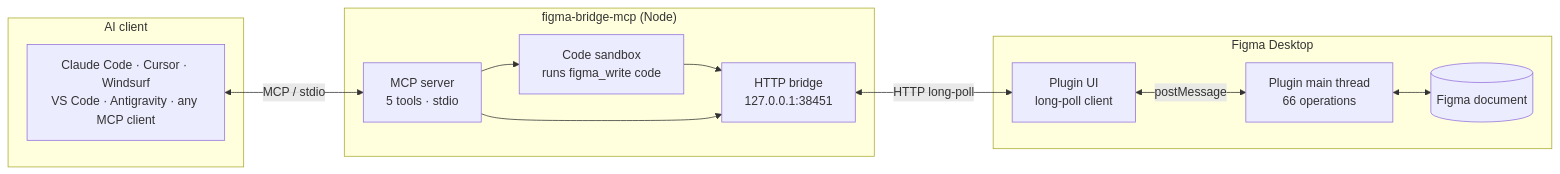
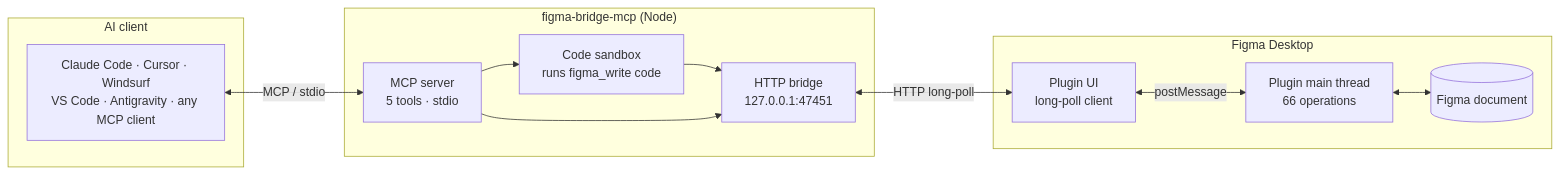
The first of 5 diagrams in README.md (nguyendinhphongdx/figma-bridge-mcp), drawn with Mermaid before and after one commit. The commit also changed other lines of this file and 6 other files, not shown here.

````diff
--- a/README.md
+++ b/README.md
@@ -43,23 +43,23 @@
 ```mermaid
 flowchart LR
   subgraph Client["AI client"]
     A["Claude Code · Cursor · Windsurf<br/>VS Code · Antigravity · any MCP client"]
   end
   subgraph Server["figma-bridge-mcp  (Node)"]
     B["MCP server<br/>5 tools · stdio"]
     C["Code sandbox<br/>runs figma_write code"]
-    D["HTTP bridge<br/>127.0.0.1:38451"]
+    D["HTTP bridge<br/>127.0.0.1:47451"]
   end
   subgraph Figma["Figma Desktop"]
     E["Plugin UI<br/>long-poll client"]
     F["Plugin main thread<br/>66 operations"]
     G[("Figma document")]
   end
   A <-->|"MCP / stdio"| B
   B --> C
   C --> D
   B --> D
   D <-->|"HTTP long-poll"| E
   E <-->|postMessage| F
   F <--> G
 ```
````
